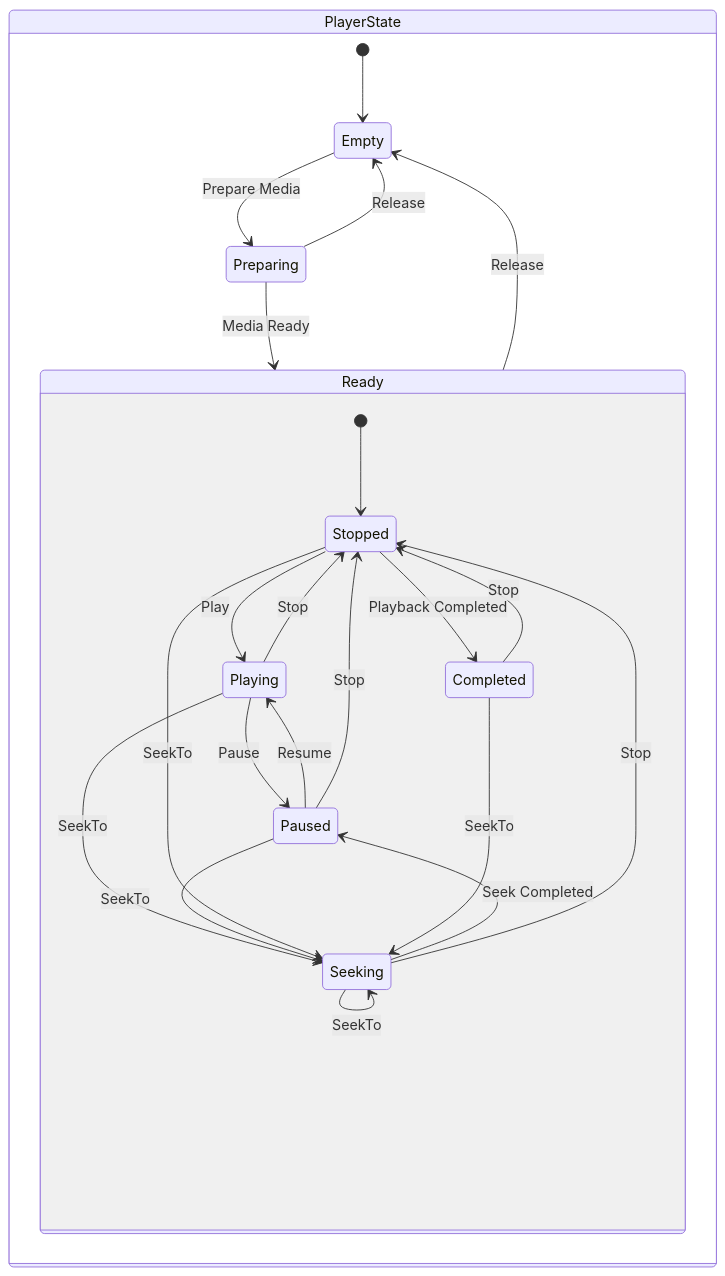
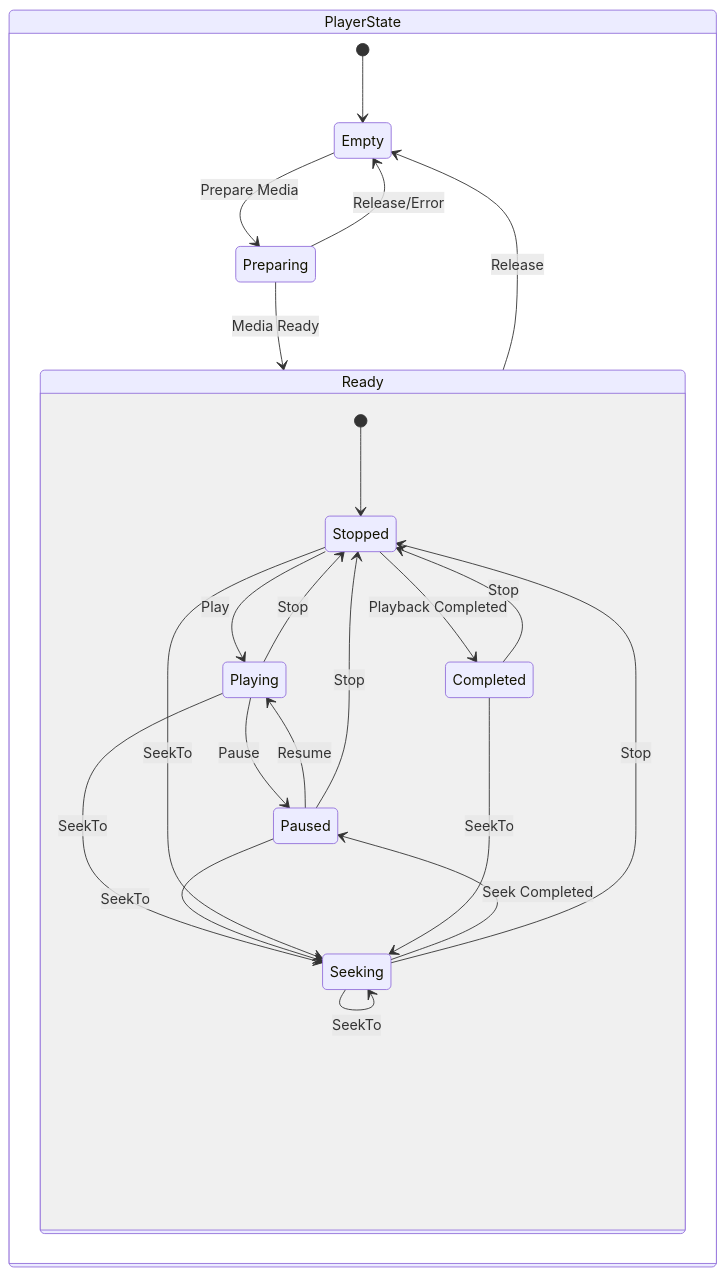
One commit to numq/Klarity changed the second of 2 diagrams in README.md. Above: the diagram before and after it, drawn with Mermaid. The commit also changed other lines of this file, not shown here.

````diff
--- a/README.md
+++ b/README.md
@@ -85,29 +89,29 @@
 ```mermaid
 stateDiagram-v2
     state PlayerState {
         [*] --> Empty
         Empty --> Preparing: Prepare Media
         Preparing --> Ready: Media Ready
-        Preparing --> Empty: Release
+        Preparing --> Empty: Release/Error
 
         state Ready {
             [*] --> Stopped
             Stopped --> Playing: Play
             Playing --> Paused: Pause
             Playing --> Stopped: Stop
             Playing --> Seeking: SeekTo
             Paused --> Playing: Resume
             Paused --> Stopped: Stop
             Paused --> Seeking: SeekTo
             Stopped --> Completed: Playback Completed
             Stopped --> Seeking: SeekTo
             Completed --> Stopped: Stop
             Completed --> Seeking: SeekTo
-            Seeking --> Seeking: SeekTo
             Seeking --> Paused: Seek Completed
             Seeking --> Stopped: Stop
+            Seeking --> Seeking: SeekTo
         }
 
         Ready --> Empty: Release
     }
 ```
````
